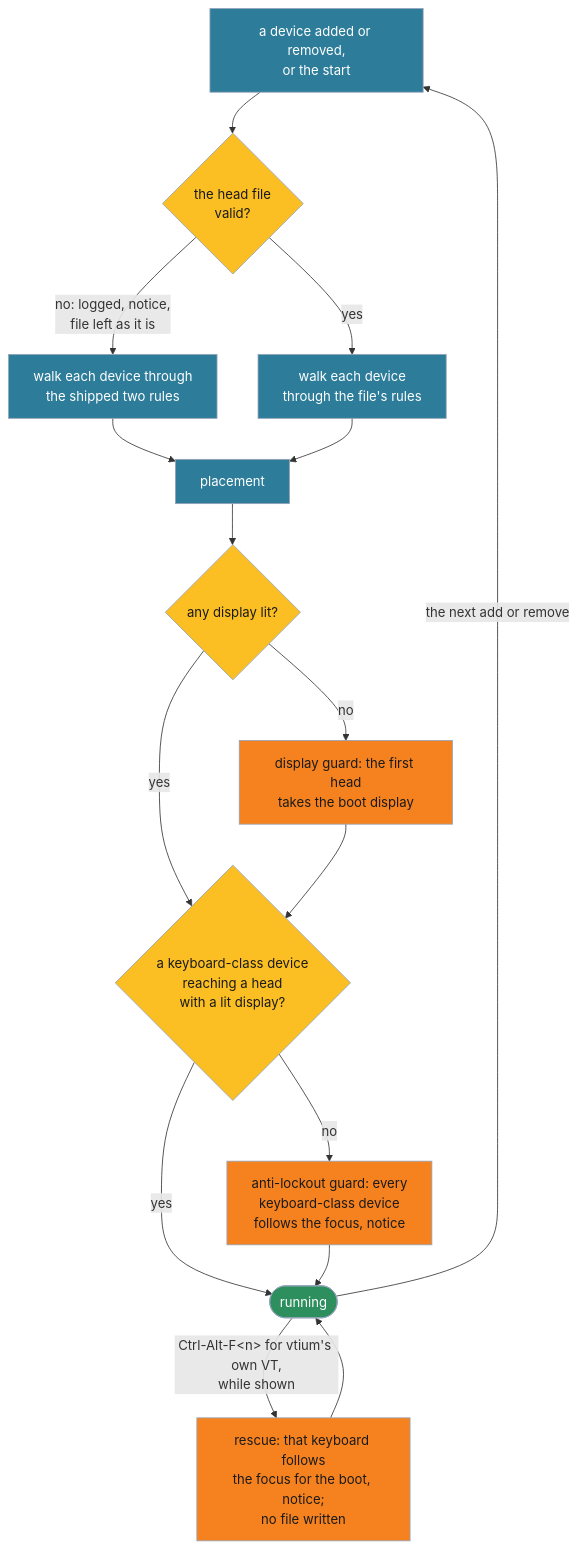
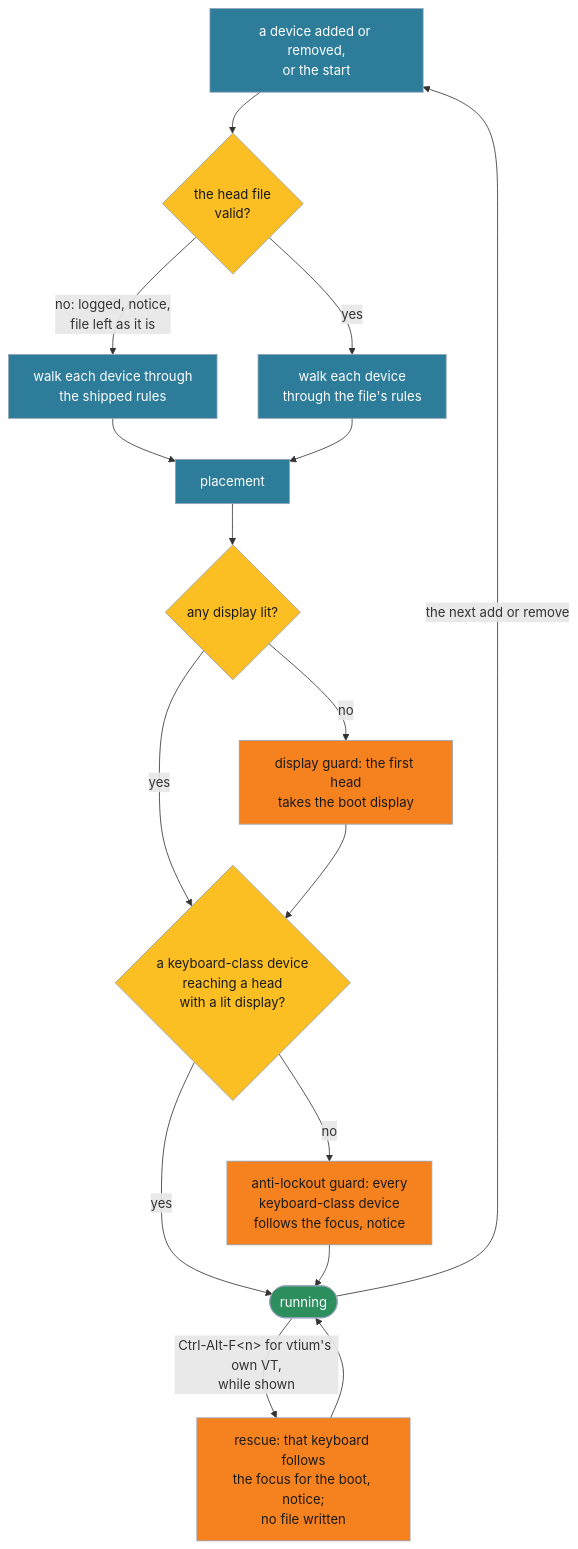
The fourth of 5 diagrams in docs/architecture/platform/ADR-1401-heads-a-terminal-per-physical-display-placed-by-a-first-match-ruleset.md (vtium/vtium), drawn with Mermaid before and after one commit. The commit also changed other lines of this file and 6 other files, not shown here.

````diff
--- a/docs/architecture/platform/ADR-1401-heads-a-terminal-per-physical-display-placed-by-a-first-match-ruleset.md
+++ b/docs/architecture/platform/ADR-1401-heads-a-terminal-per-physical-display-placed-by-a-first-match-ruleset.md
@@ -406,26 +414,26 @@
 ```mermaid
 flowchart TD
     EV["a device added or removed,<br>or the start"] --> VALID{"the head file<br>valid?"}
     VALID -->|"yes"| EVAL["walk each device<br>through the file's rules"]
-    VALID -->|"no: logged, notice,<br>file left as it is"| SHIP["walk each device through<br>the shipped two rules"]
+    VALID -->|"no: logged, notice,<br>file left as it is"| SHIP["walk each device through<br>the shipped rules"]
     SHIP --> EVAL2["placement"]
     EVAL --> EVAL2
     EVAL2 --> LIT{"any display lit?"}
     LIT -->|"no"| NZ["display guard: the first head<br>takes the boot display"]
     LIT -->|"yes"| KB
     NZ --> KB{"a keyboard-class device<br>reaching a head<br>with a lit display?"}
     KB -->|"no"| AL["anti-lockout guard: every<br>keyboard-class device<br>follows the focus, notice"]
     KB -->|"yes"| RUN(["running"])
     AL --> RUN
     RUN -->|"Ctrl-Alt-F&lt;n&gt; for vtium's own VT,<br>while shown"| RES["rescue: that keyboard follows<br>the focus for the boot, notice;<br>no file written"]
     RES --> RUN
     RUN -->|"the next add or remove"| EV
     classDef step fill:#2d7d9a,color:#ffffff,stroke:#94a3b8
     classDef check fill:#fbbf24,color:#1a1a1a,stroke:#94a3b8
     classDef guard fill:#f6821f,color:#1a1a1a,stroke:#94a3b8
     classDef done fill:#2d8e5e,color:#ffffff,stroke:#94a3b8
     class EV,EVAL,SHIP,EVAL2 step
     class VALID,LIT,KB check
     class NZ,AL,RES guard
     class RUN done
 ```
````
